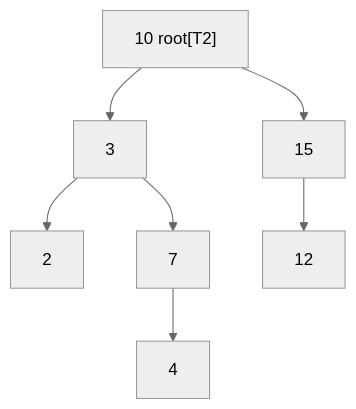
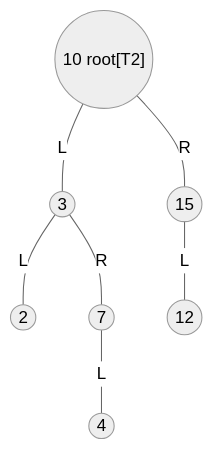
One commit to Myyura/the_kai_project changed the first of 2 diagrams in docs/UEC/informatics_and_engineering/cne/2025/cne_202408_sentaku_5.md. Above: the diagram before and after it, drawn with Mermaid (neutral theme). The commit also changed other lines of this file and 366 other files, not shown here.

```diff
--- a/docs/UEC/informatics_and_engineering/cne/2025/cne_202408_sentaku_5.md
+++ b/docs/UEC/informatics_and_engineering/cne/2025/cne_202408_sentaku_5.md
@@ -60,9 +60,9 @@
 ~~~mermaid
 flowchart TD
-  n10["10  root[T2]"] --> n3["3"]
-  n10 --> n15["15"]
-  n3 --> n2["2"]
-  n3 --> n7["7"]
-  n7 --> n4["4"]
-  n15 --> n12["12"]
+  n10(("10 root[T2]")) ---|L| n3(("3"))
+  n10 ---|R| n15(("15"))
+  n3 ---|L| n2(("2"))
+  n3 ---|R| n7(("7"))
+  n7 ---|L| n4(("4"))
+  n15 ---|L| n12(("12"))
 ~~~
```
